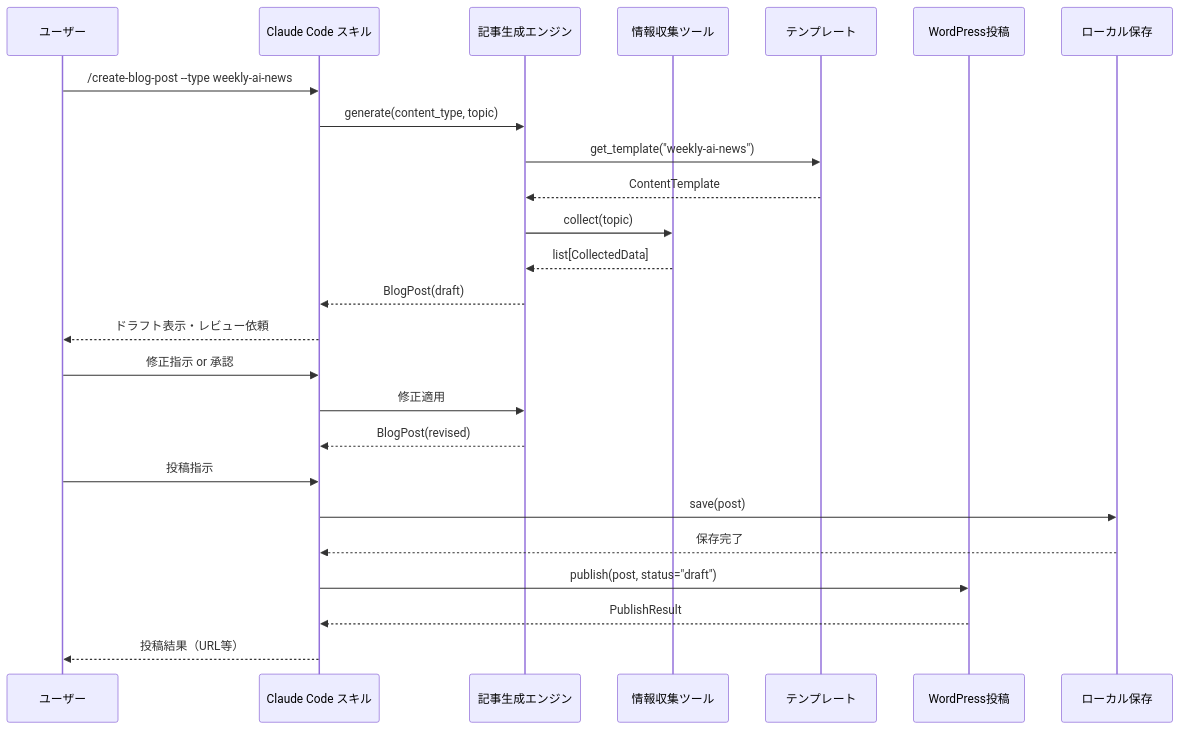
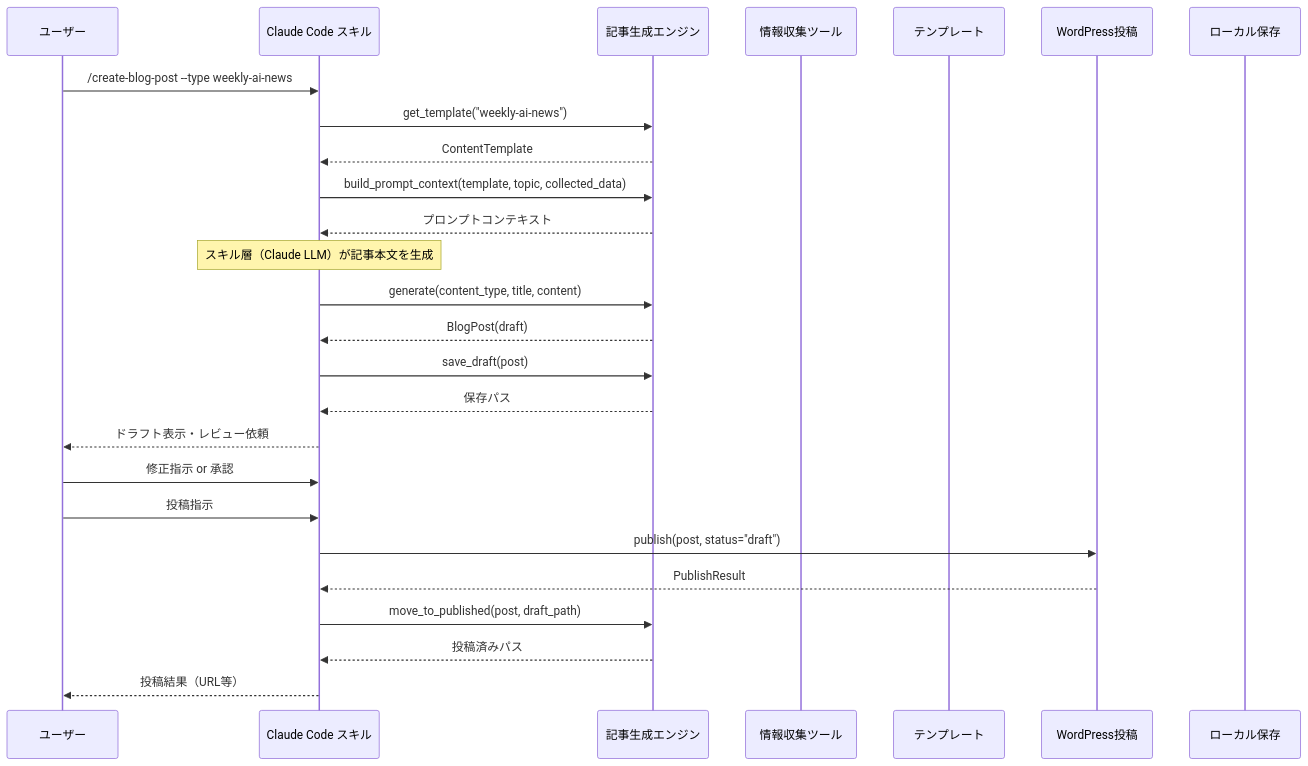
One commit to tak-akashi/social-content-creator changed the second of 3 diagrams in docs/core/functional-design.md. Above: the diagram before and after it, drawn with Mermaid. The commit also changed other lines of this file and 14 other files, not shown here.

````diff
--- a/docs/core/functional-design.md
+++ b/docs/core/functional-design.md
@@ -246,28 +352,29 @@
 ```mermaid
 sequenceDiagram
     participant User as ユーザー
     participant Skill as Claude Code スキル
     participant Generator as 記事生成エンジン
     participant Collector as 情報収集ツール
     participant Template as テンプレート
     participant Publisher as WordPress投稿
     participant Storage as ローカル保存
 
     User->>Skill: /create-blog-post --type weekly-ai-news
-    Skill->>Generator: generate(content_type, topic)
-    Generator->>Template: get_template("weekly-ai-news")
-    Template-->>Generator: ContentTemplate
-    Generator->>Collector: collect(topic)
-    Collector-->>Generator: list[CollectedData]
+    Skill->>Generator: get_template("weekly-ai-news")
+    Generator-->>Skill: ContentTemplate
+    Skill->>Generator: build_prompt_context(template, topic, collected_data)
+    Generator-->>Skill: プロンプトコンテキスト
+    Note over Skill: スキル層（Claude LLM）が記事本文を生成
+    Skill->>Generator: generate(content_type, title, content)
     Generator-->>Skill: BlogPost(draft)
+    Skill->>Generator: save_draft(post)
+    Generator-->>Skill: 保存パス
     Skill-->>User: ドラフト表示・レビュー依頼
     User->>Skill: 修正指示 or 承認
-    Skill->>Generator: 修正適用
-    Generator-->>Skill: BlogPost(revised)
     User->>Skill: 投稿指示
-    Skill->>Storage: save(post)
-    Storage-->>Skill: 保存完了
     Skill->>Publisher: publish(post, status="draft")
     Publisher-->>Skill: PublishResult
+    Skill->>Generator: move_to_published(post, draft_path)
+    Generator-->>Skill: 投稿済みパス
     Skill-->>User: 投稿結果（URL等）
 ```
````
